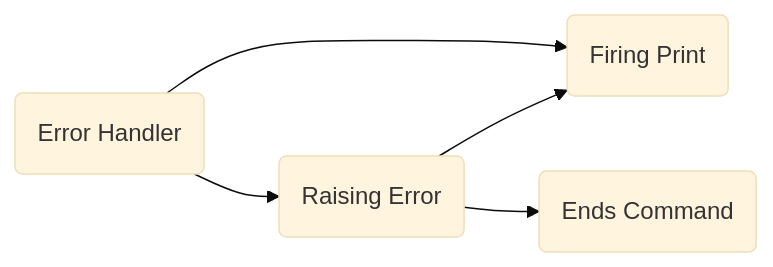
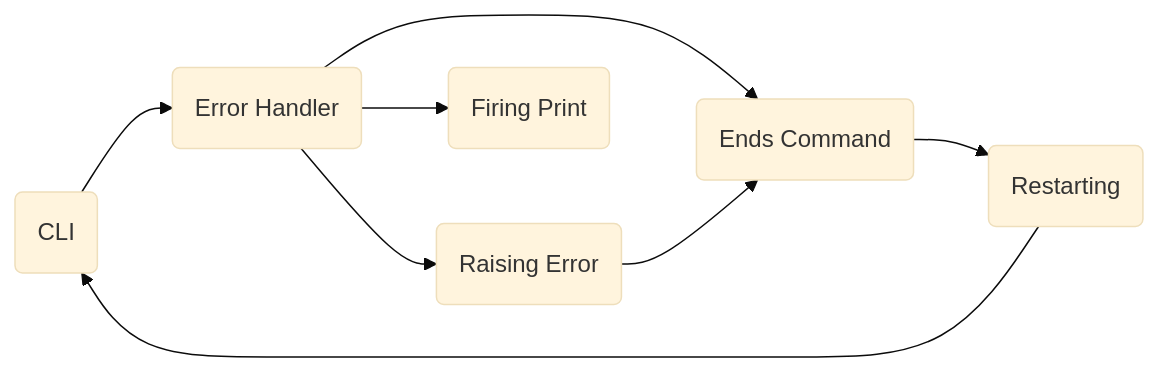
Before and after one commit to accountisgod1/Python-CMD: the first of 2 diagrams in README.md, drawn with Mermaid (base theme). The commit also changed other lines of this file, not shown here.

````diff
--- a/README.md
+++ b/README.md
@@ -33,10 +32,18 @@
 ```mermaid
 graph LR
-A(Error Handler) --> B(Firing Print)
+A(CLI) --> B(Error Handler)
 
-A --> C(Raising Error)
+B --> C(Raising Error)
 
-C --> D(Ends Command)
+B --> D(Ends Command)
 
-C --> B
+C --> D
+
+B --> F(Firing Print) 
+
+D --> G(Restarting)
+
+G --> A
+
+
 ```
````
